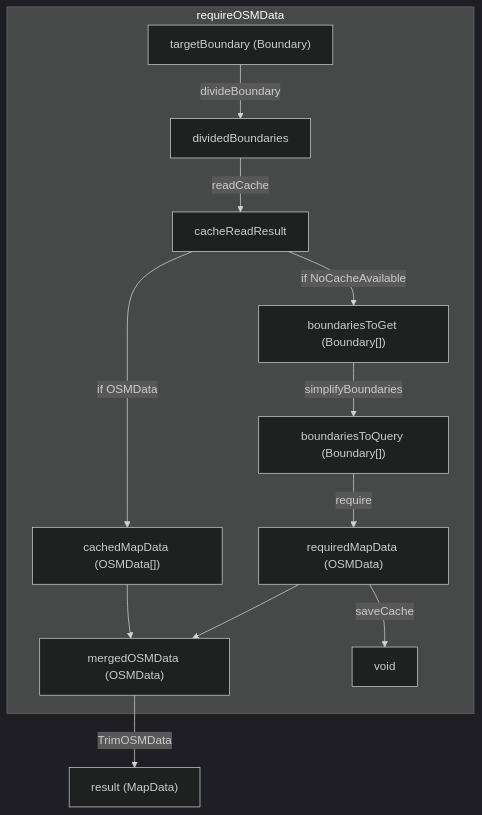
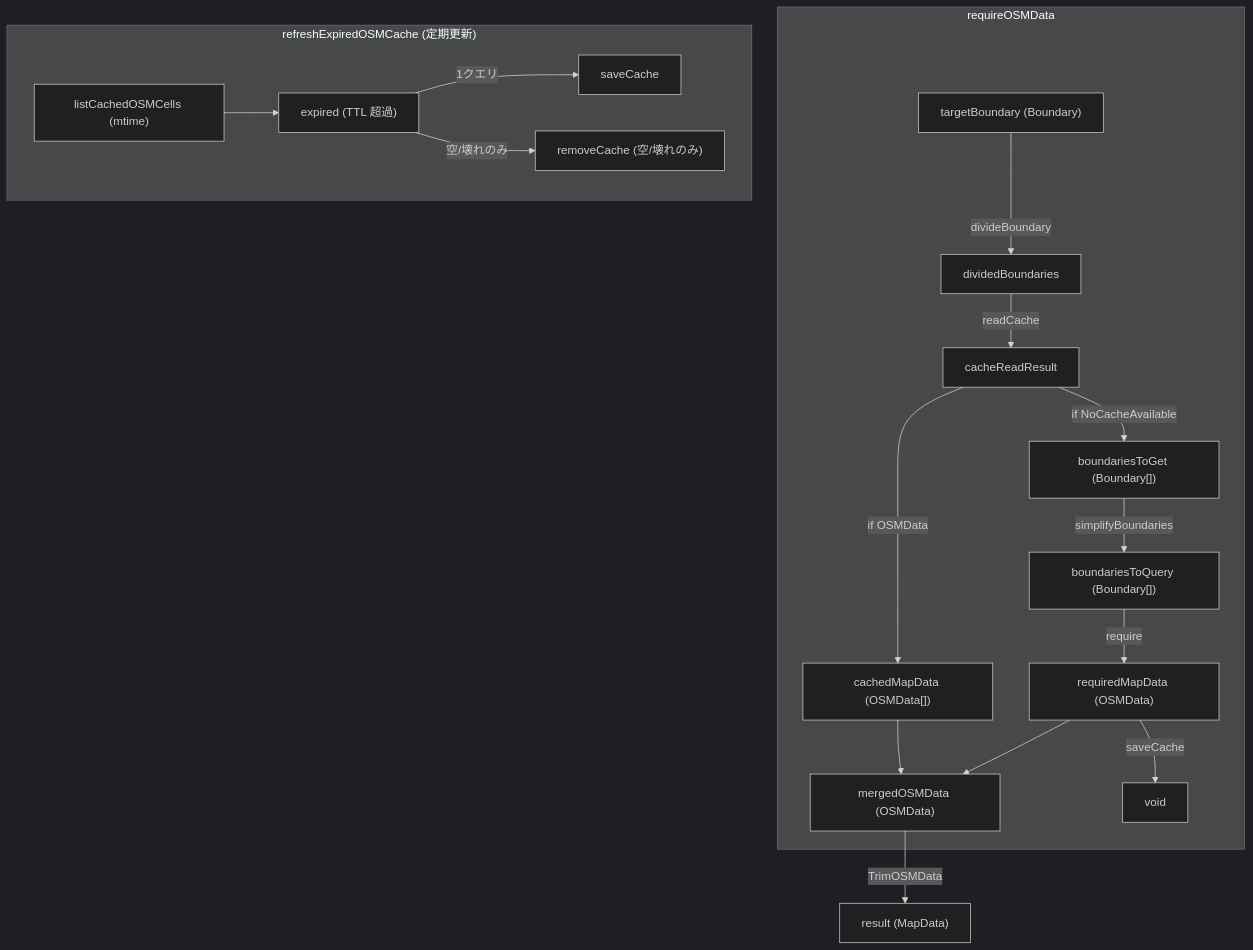
One commit to syoch/procon changed the diagram in app/src/routes/api/osm/README.md. Above: the diagram before and after it, drawn with Mermaid (dark theme). The commit also changed other lines of this file and 11 other files, not shown here.

````diff
--- a/app/src/routes/api/osm/README.md
+++ b/app/src/routes/api/osm/README.md
@@ -20,25 +68,35 @@
 ```mermaid
 graph
     OriginalBoundary["targetBoundary (Boundary)"]
     subgraph requireOSMData
         MergedOSMData["mergedOSMData (OSMData)"]
         OriginalBoundary --divideBoundary--> dividedBoundaries
 
         boundariesToGet["boundariesToGet (Boundary[])"]
         boundariesToQuery["boundariesToQuery (Boundary[])"]
         requiredMapData["requiredMapData (OSMData)"]
         cachedMapData["cachedMapData (OSMData[])"]
 
         dividedBoundaries --readCache--> cacheReadResult
 
         cacheReadResult --if NoCacheAvailable--> boundariesToGet
         cacheReadResult --if OSMData--> cachedMapData
         boundariesToGet --simplifyBoundaries--> boundariesToQuery
         boundariesToQuery --require--> requiredMapData
         requiredMapData --saveCache--> Void00000["void"]
         cachedMapData --> MergedOSMData
         requiredMapData --> MergedOSMData
     end
     ResultMapData["result (MapData)"]
     MergedOSMData --TrimOSMData --> ResultMapData
+
+    subgraph refreshExpiredOSMCache ["refreshExpiredOSMCache (定期更新)"]
+        CachedCells["listCachedOSMCells (mtime)"]
+        Expired["expired (TTL 超過)"]
+        Saved["saveCache"]
+        Removed["removeCache (空/壊れのみ)"]
+        CachedCells --> Expired
+        Expired --1クエリ--> Saved
+        Expired --空/壊れのみ--> Removed
+    end
 ```
````
